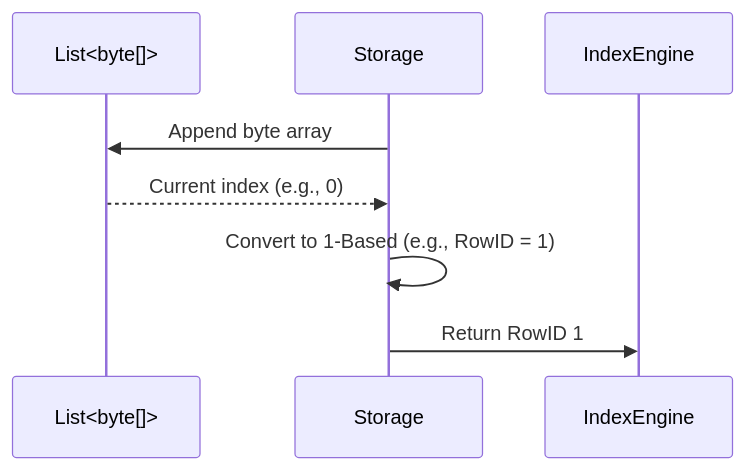
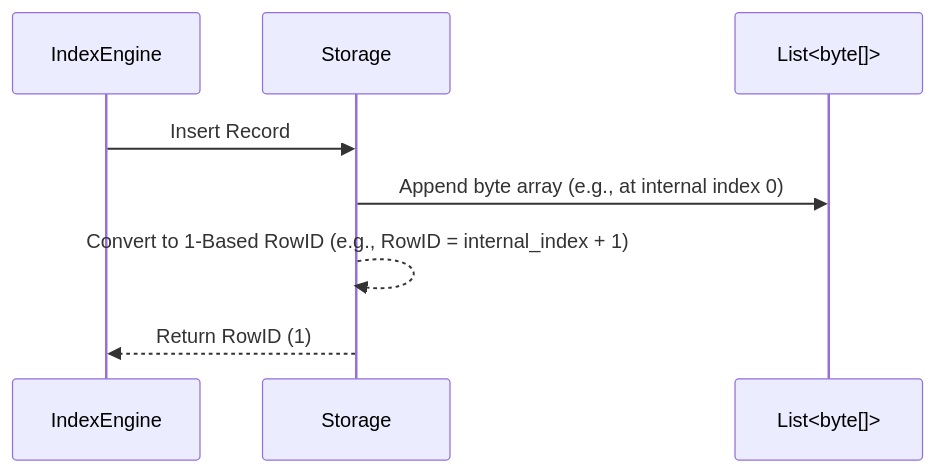
Before and after one commit to ArintonAkos/DataVo-DBMS: the diagram in docs/DataVo.Core/StorageEngine/Memory/InMemoryStorageEngine.md, drawn with Mermaid. The commit also changed other lines of this file and 2 other files, not shown here.

````diff
--- a/docs/DataVo.Core/StorageEngine/Memory/InMemoryStorageEngine.md
+++ b/docs/DataVo.Core/StorageEngine/Memory/InMemoryStorageEngine.md
@@ -20,11 +20,11 @@
 ```mermaid
 sequenceDiagram
+    participant IndexEngine
+    participant Storage
     participant TableArray as List<byte[]>
-    participant Storage
-    participant IndexEngine
     
-    Storage->>TableArray: Append byte array
-    TableArray-->>Storage: Current index (e.g., 0)
-    Storage->>Storage: Convert to 1-Based (e.g., RowID = 1)
-    Storage->>IndexEngine: Return RowID 1
+    IndexEngine->>Storage: Insert Record
+    Storage->>TableArray: Append byte array (e.g., at internal index 0)
+    Storage-->>Storage: Convert to 1-Based RowID (e.g., RowID = internal_index + 1)
+    Storage-->>IndexEngine: Return RowID (1)
 ```
````
